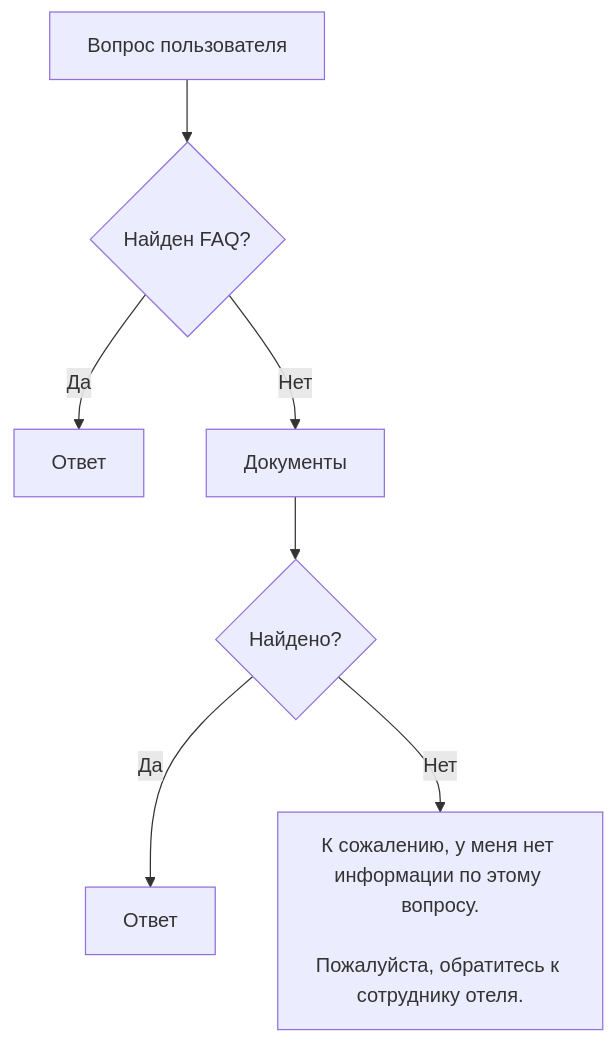
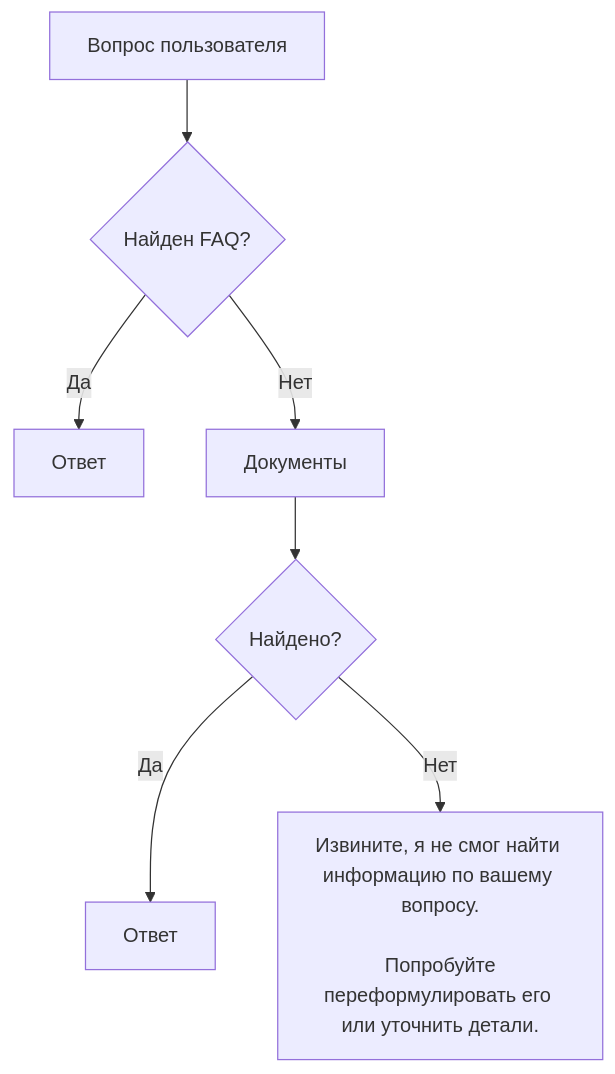
The diagram in README.md (fetgrigory/HotelReserve_bot), drawn with Mermaid before and after one commit. The commit also changed other lines of this file, not shown here.

````diff
--- a/README.md
+++ b/README.md
@@ -30,14 +27,14 @@
 ```mermaid
 graph TD
     A["Вопрос пользователя"] --> B{"Найден FAQ?"}
 
     B -->|Да| C["Ответ"]
 
     B -->|Нет| D["Документы"]
 
     D --> E{"Найдено?"}
 
     E -->|Да| F["Ответ"]
 
-    E -->|Нет| G["К сожалению, у меня нет информации по этому вопросу.<br><br>Пожалуйста, обратитесь к сотруднику отеля."]
+    E -->|Нет| G["Извините, я не смог найти информацию по вашему вопросу.<br><br> Попробуйте переформулировать его или уточнить детали."]
 ```
````
